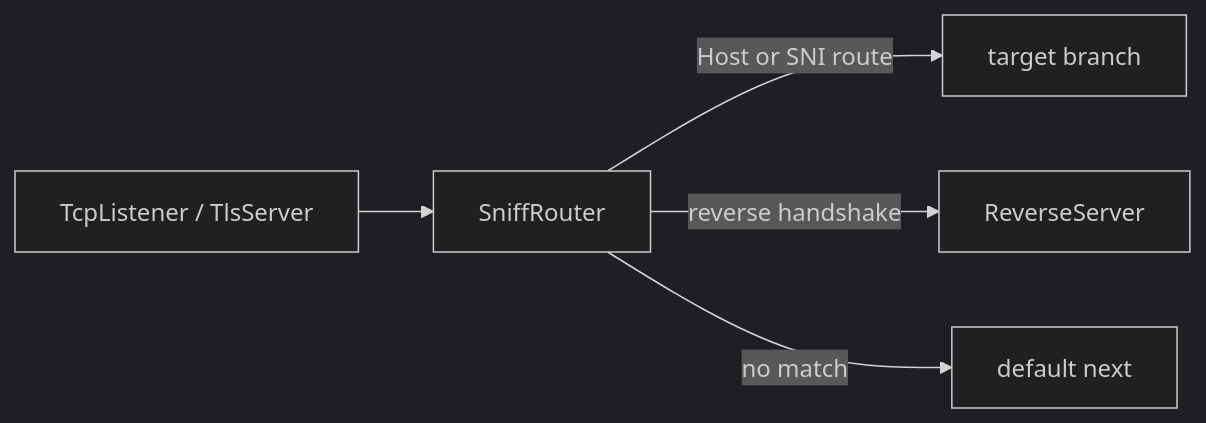
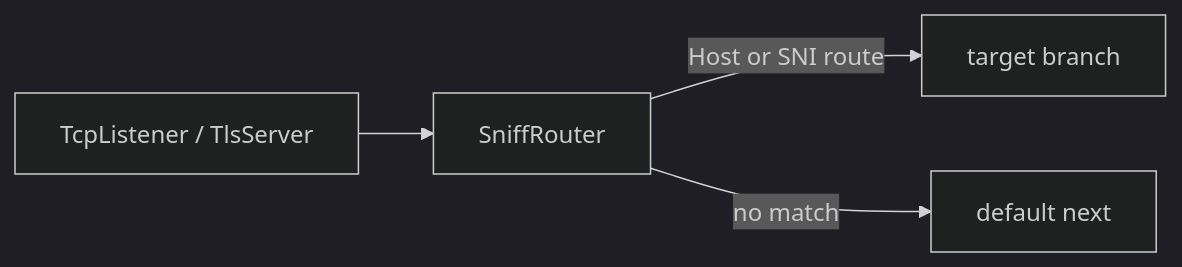
One commit to radkesvat/WaterWall-Docs changed the diagram in docs/02-noderefs/SniffRouter.mdx. Above: the diagram before and after it, drawn with Mermaid (dark theme). The commit also changed other lines of this file and 1 other file, not shown here.

````diff
--- a/docs/02-noderefs/SniffRouter.mdx
+++ b/docs/02-noderefs/SniffRouter.mdx
@@ -45,7 +39,6 @@
 ```mermaid
 flowchart LR
     In[TcpListener / TlsServer] --> SR[SniffRouter]
     SR -->|Host or SNI route| A[target branch]
-    SR -->|reverse handshake| R[ReverseServer]
     SR -->|no match| D[default next]
 ```
````
